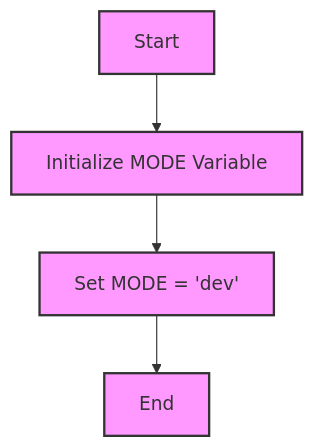
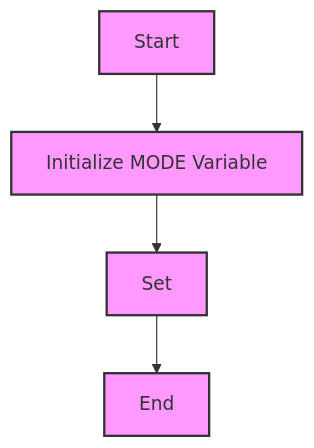
Before and after one commit to hypo69/hypo: the diagram in docs/gemini/ru/explainer/src/ai/myai/__init__.py.md, drawn with Mermaid. The commit also changed 6031 other files, not shown here.

````diff
--- a/docs/gemini/ru/explainer/src/ai/myai/__init__.py.md
+++ b/docs/gemini/ru/explainer/src/ai/myai/__init__.py.md
@@ -16,10 +16,10 @@
 ```mermaid
 flowchart TD
     Start --> InitializeMode[Initialize MODE Variable]
-    InitializeMode --> SetMode[Set MODE = 'dev']
+    InitializeMode --> SetMode[Set ]
     SetMode --> End
     
     classDef default fill:#f9f,stroke:#333,stroke-width:2px
     class Start,End default
     class InitializeMode,SetMode fill:#ccf,stroke:#333,stroke-width:2px
 ```
````
